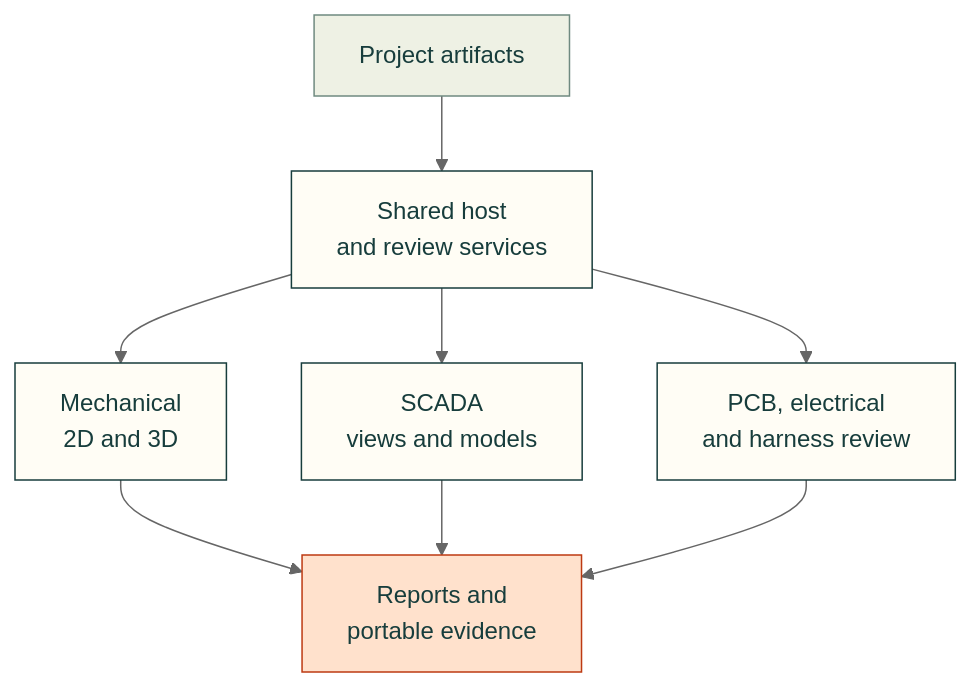
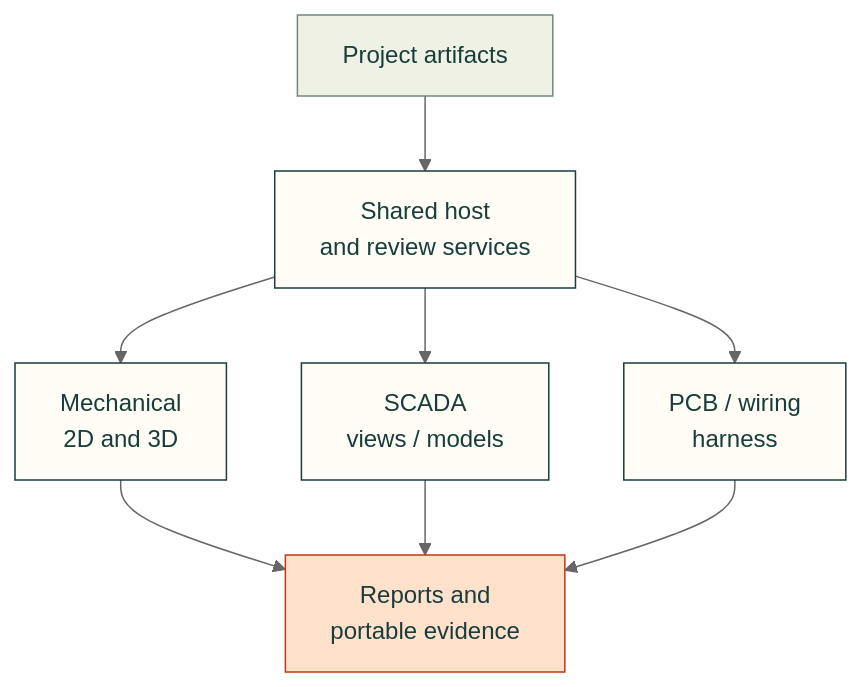
Before and after one commit to Valpatel/cad-agent: the diagram in docs/practice/workbench/README.md, drawn with Mermaid (neutral theme). The commit also changed 5 other files, not shown here.

````diff
--- a/docs/practice/workbench/README.md
+++ b/docs/practice/workbench/README.md
@@ -23,16 +23,16 @@
 ```mermaid
 flowchart TD
   A["Project artifacts"] --> B["Shared host<br/>and review services"]
   B --> C["Mechanical<br/>2D and 3D"]
-  B --> D["SCADA<br/>views and models"]
-  B --> E["PCB, electrical<br/>and harness review"]
+  B --> D["SCADA<br/>views / models"]
+  B --> E["PCB / wiring<br/>harness"]
   C --> F["Reports and<br/>portable evidence"]
   D --> F
   E --> F
   classDef here fill:#fffdf5,stroke:#173d3c,color:#173d3c
   classDef near fill:#eef1e4,stroke:#6f8a80,color:#173d3c
   classDef out fill:#ffe1cc,stroke:#bd3a12,color:#173d3c
   class B,C,D,E here
   class A near
   class F out
 ```
````
